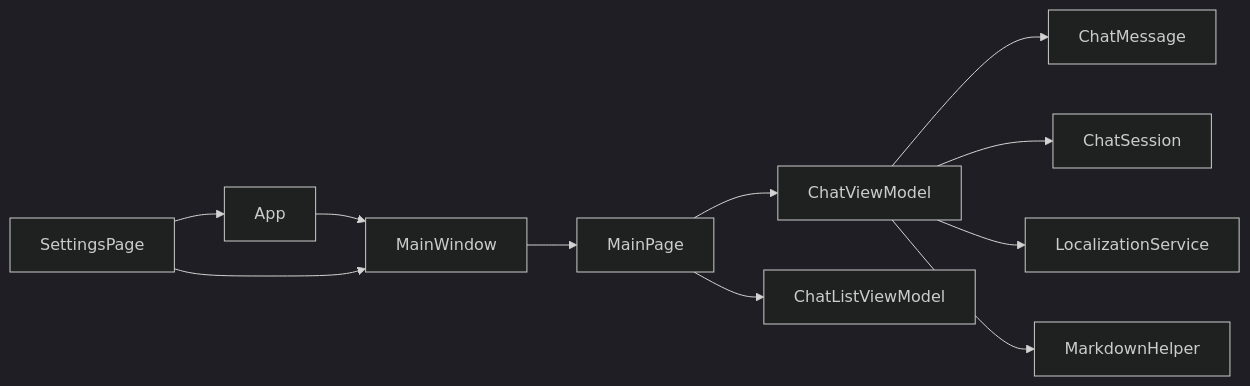
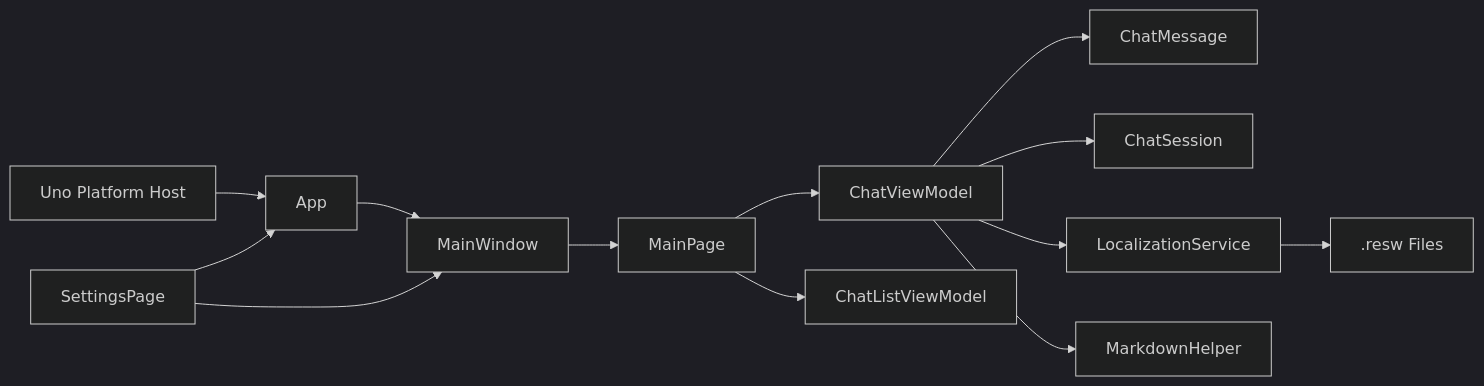
Diagram 11 of 11 in .qoder/repowiki/en/content/Architecture Overview/UI Framework and Navigation.md (AgenticDesktop/App), drawn with Mermaid (dark theme) before and after one commit. The commit also changed other lines of this file and 108 other files, not shown here.

````diff
--- a/.qoder/repowiki/en/content/Architecture Overview/UI Framework and Navigation.md
+++ b/.qoder/repowiki/en/content/Architecture Overview/UI Framework and Navigation.md
@@ -327,13 +437,15 @@
 ```mermaid
 graph LR
 App["App"] --> MainWindow["MainWindow"]
+UnoHost["Uno Platform Host"] --> App
 MainWindow --> MainPage["MainPage"]
 MainPage --> ChatViewModel["ChatViewModel"]
 MainPage --> ChatListViewModel["ChatListViewModel"]
 ChatViewModel --> ChatMessage["ChatMessage"]
 ChatViewModel --> ChatSession["ChatSession"]
 ChatViewModel --> LocalizationService["LocalizationService"]
 ChatViewModel --> MarkdownHelper["MarkdownHelper"]
 SettingsPage["SettingsPage"] --> App
 SettingsPage --> MainWindow
+LocalizationService --> Resources[".resw Files"]
 ```
````
